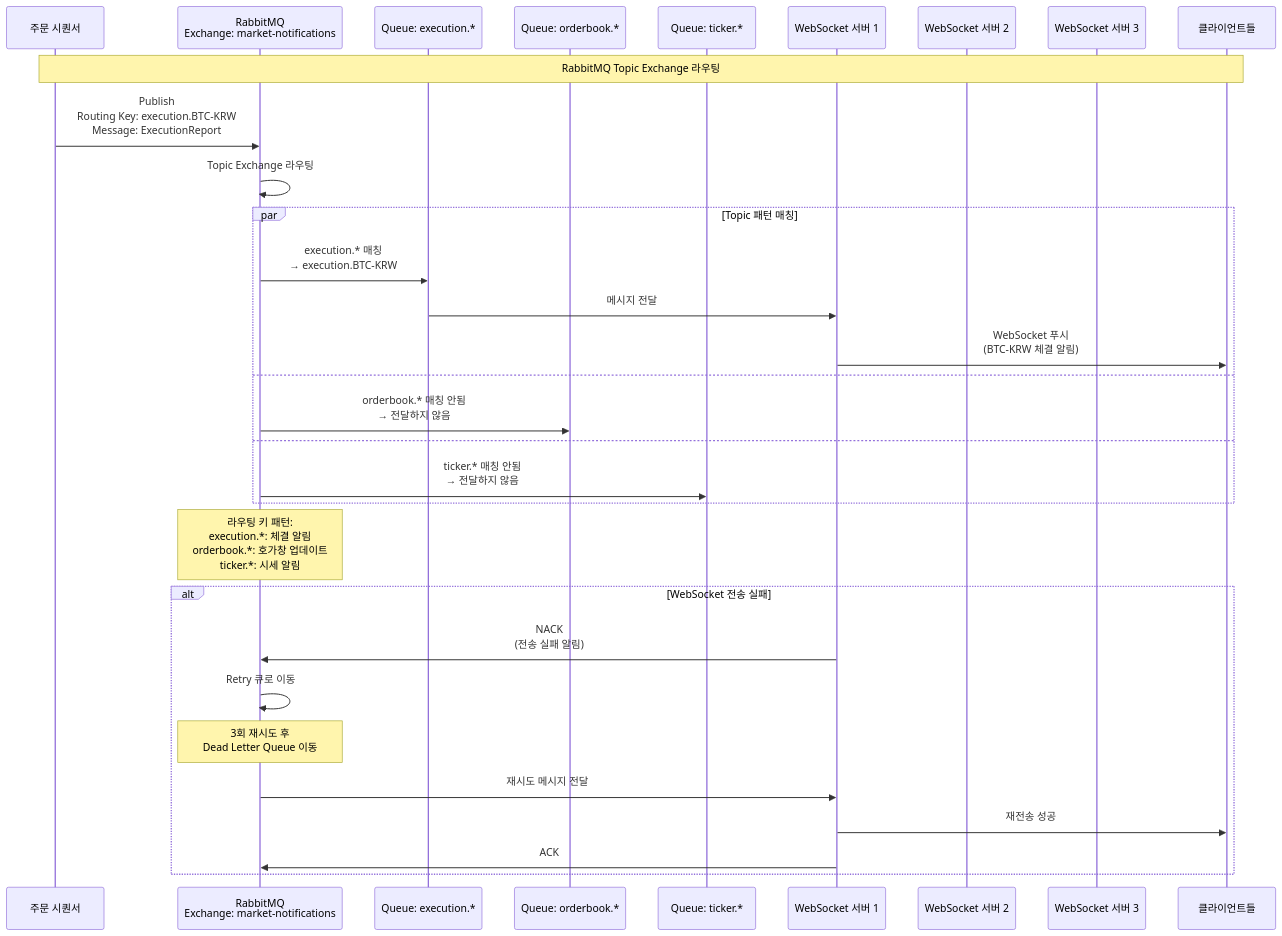
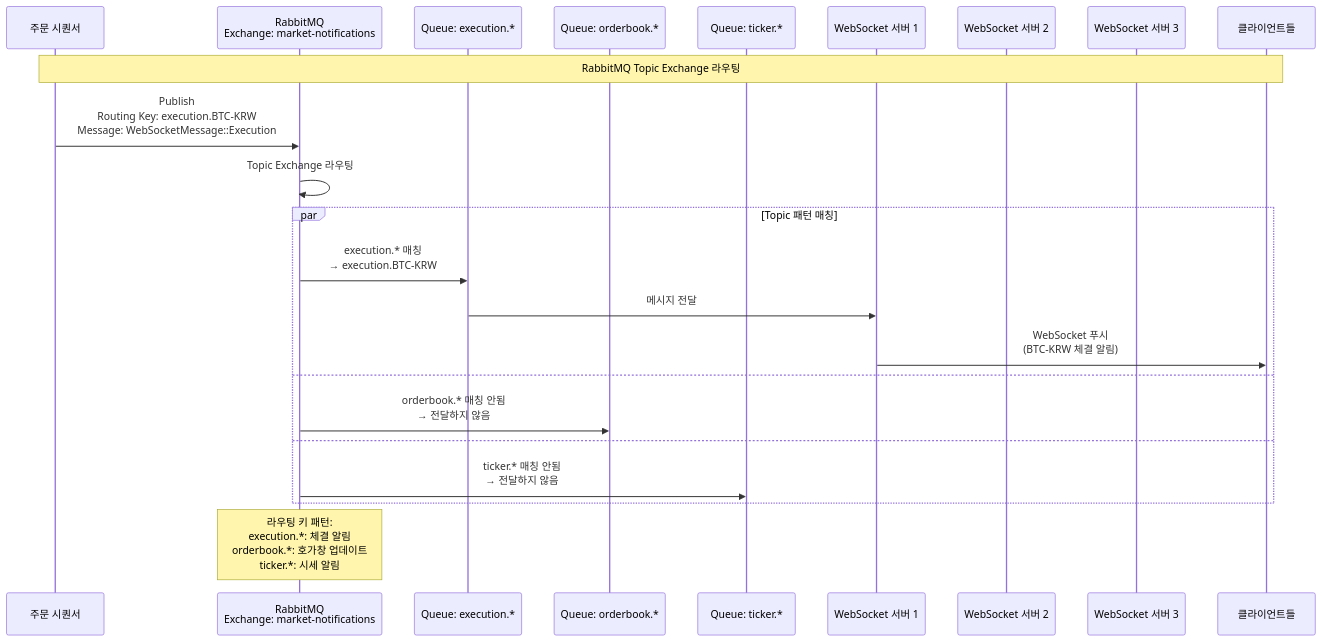
The eighth of 10 diagrams in docs/flow.md (blockbit-hama/xTrader), drawn with Mermaid before and after one commit. The commit also changed other lines of this file and 6 other files, not shown here.

First line of the commit message:
feat: 하이브리드 주문 처리 방식 구현 및 WebSocket 알림 중복 제거

````diff
--- a/docs/flow.md
+++ b/docs/flow.md
@@ -425,43 +317,32 @@
 ```mermaid
 sequenceDiagram
     participant Sequencer as 주문 시퀀서
     participant RabbitMQ as RabbitMQ<br/>Exchange: market-notifications
     participant Q1 as Queue: execution.*
     participant Q2 as Queue: orderbook.*
     participant Q3 as Queue: ticker.*
     participant WS1 as WebSocket 서버 1
     participant WS2 as WebSocket 서버 2
     participant WS3 as WebSocket 서버 3
     participant Client as 클라이언트들
 
     Note over Sequencer,Client: RabbitMQ Topic Exchange 라우팅
 
-    Sequencer->>RabbitMQ: Publish<br/>Routing Key: execution.BTC-KRW<br/>Message: ExecutionReport
+    Sequencer->>RabbitMQ: Publish<br/>Routing Key: execution.BTC-KRW<br/>Message: WebSocketMessage::Execution
 
     RabbitMQ->>RabbitMQ: Topic Exchange 라우팅
 
     par Topic 패턴 매칭
         RabbitMQ->>Q1: execution.* 매칭<br/>→ execution.BTC-KRW
         Q1->>WS1: 메시지 전달
         WS1->>Client: WebSocket 푸시<br/>(BTC-KRW 체결 알림)
 
     and
         RabbitMQ->>Q2: orderbook.* 매칭 안됨<br/>→ 전달하지 않음
 
     and
         RabbitMQ->>Q3: ticker.* 매칭 안됨<br/>→ 전달하지 않음
     end
 
     Note over RabbitMQ: 라우팅 키 패턴:<br/>execution.*: 체결 알림<br/>orderbook.*: 호가창 업데이트<br/>ticker.*: 시세 알림
-
-    alt WebSocket 전송 실패
-        WS1->>RabbitMQ: NACK<br/>(전송 실패 알림)
-        RabbitMQ->>RabbitMQ: Retry 큐로 이동
-
-        Note over RabbitMQ: 3회 재시도 후<br/>Dead Letter Queue 이동
-
-        RabbitMQ->>WS1: 재시도 메시지 전달
-        WS1->>Client: 재전송 성공
-        WS1->>RabbitMQ: ACK
-    end
 ```
````
